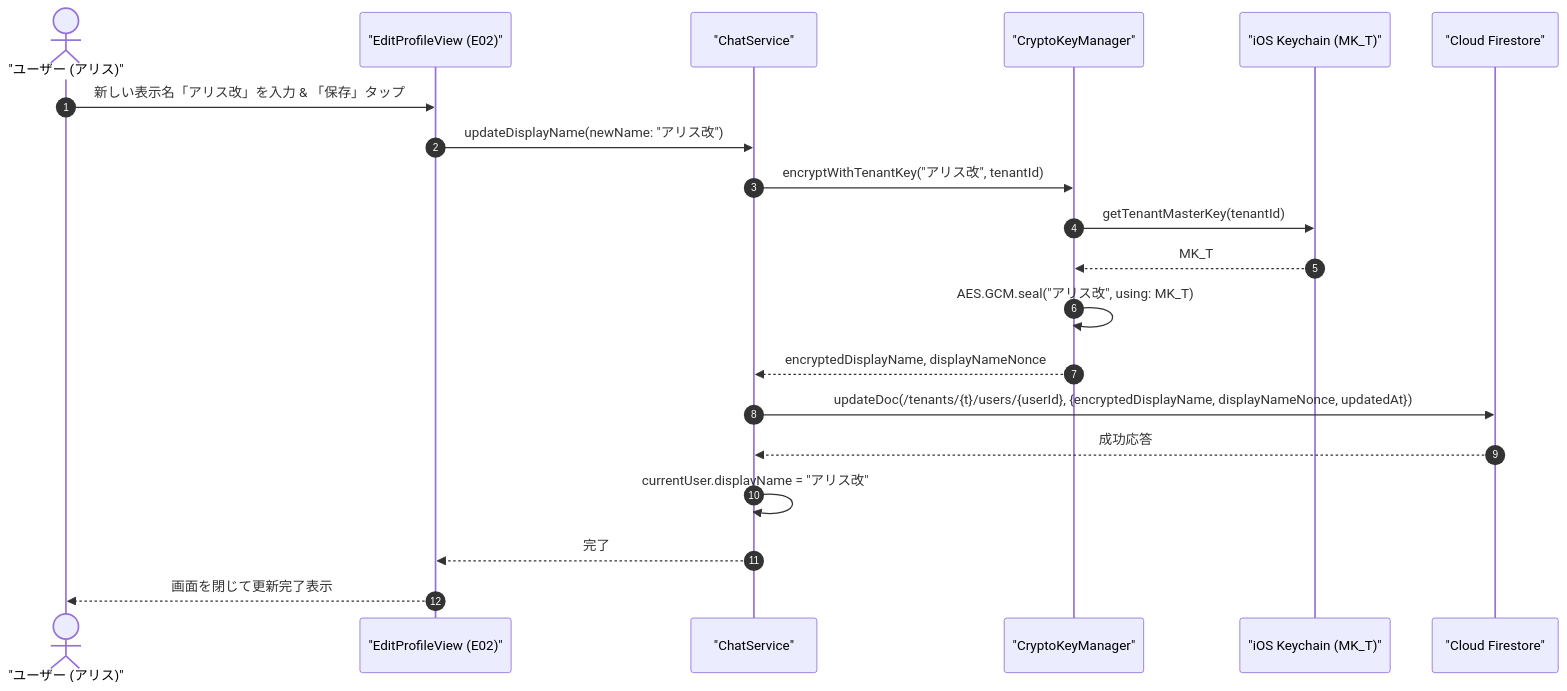
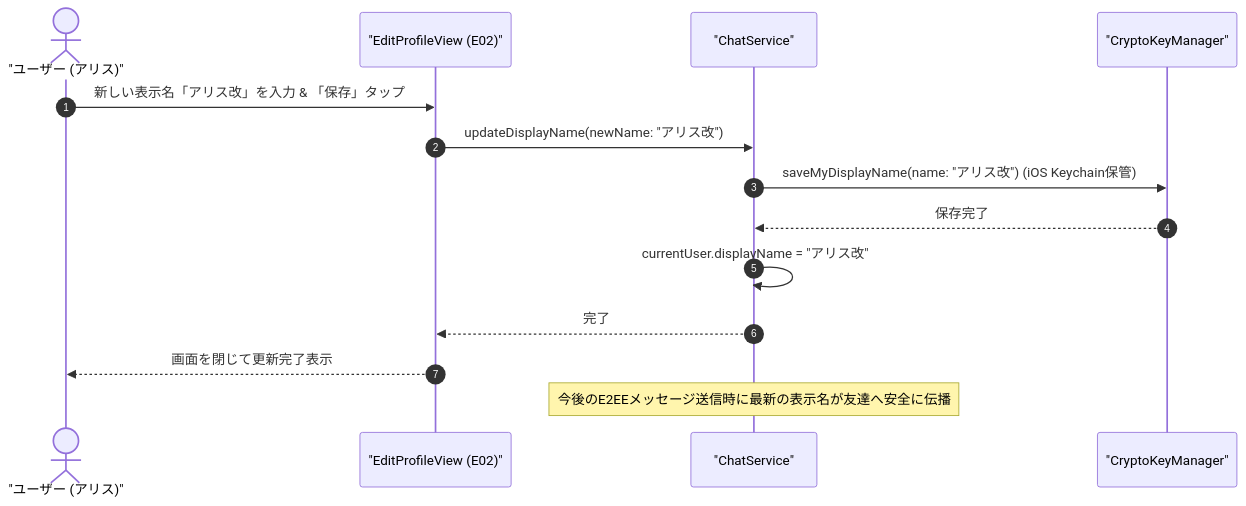
One commit to kantowork/friends changed the first of 3 diagrams in doc/07-detailed-usecases/07-09-user-profile-update.md. Above: the diagram before and after it, drawn with Mermaid. The commit also changed other lines of this file and 79 other files, not shown here.

````diff
--- a/doc/07-detailed-usecases/07-09-user-profile-update.md
+++ b/doc/07-detailed-usecases/07-09-user-profile-update.md
@@ -51,23 +52,17 @@
 ```mermaid
 sequenceDiagram
     autonumber
     actor User as "ユーザー (アリス)"
     participant View as "EditProfileView (E02)"
     participant ChatService as "ChatService"
     participant CryptoKeyManager as "CryptoKeyManager"
-    participant Keychain as "iOS Keychain (MK_T)"
-    participant Firestore as "Cloud Firestore"
 
     User->>View: 新しい表示名「アリス改」を入力 & 「保存」タップ
     View->>ChatService: updateDisplayName(newName: "アリス改")
-    ChatService->>CryptoKeyManager: encryptWithTenantKey("アリス改", tenantId)
-    CryptoKeyManager->>Keychain: getTenantMasterKey(tenantId)
-    Keychain-->>CryptoKeyManager: MK_T
-    CryptoKeyManager->>CryptoKeyManager: AES.GCM.seal("アリス改", using: MK_T)
-    CryptoKeyManager-->>ChatService: encryptedDisplayName, displayNameNonce
-    ChatService->>Firestore: updateDoc(/tenants/{t}/users/{userId}, {encryptedDisplayName, displayNameNonce, updatedAt})
-    Firestore-->>ChatService: 成功応答
+    ChatService->>CryptoKeyManager: saveMyDisplayName(name: "アリス改") (iOS Keychain保管)
+    CryptoKeyManager-->>ChatService: 保存完了
     ChatService->>ChatService: currentUser.displayName = "アリス改"
     ChatService-->>View: 完了
     View-->>User: 画面を閉じて更新完了表示
+    Note over ChatService: 今後のE2EEメッセージ送信時に最新の表示名が友達へ安全に伝播
 ```
````
